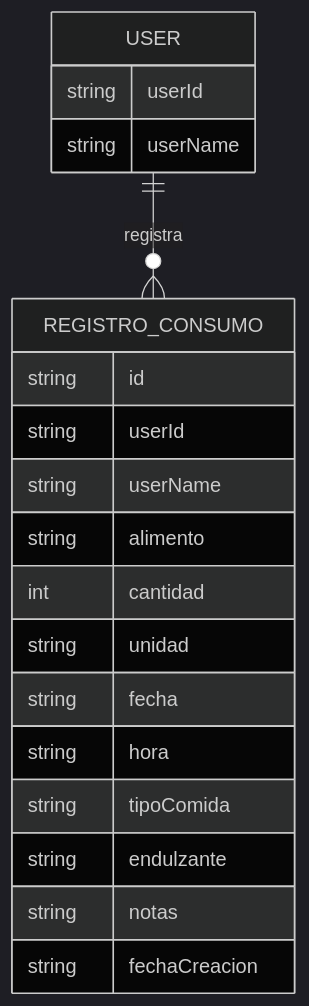
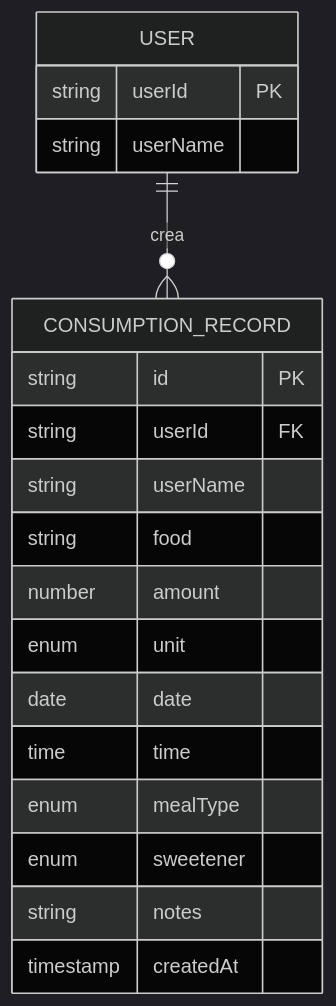
One commit to RadikeCosa/blog-astro changed the first of 2 diagrams in src/content/posts/side-project nutritional tracker.md. Above: the diagram before and after it, drawn with Mermaid (dark theme). The commit also changed other lines of this file and 3 other files, not shown here.

````diff
--- a/src/content/posts/side-project nutritional tracker.md
+++ b/src/content/posts/side-project nutritional tracker.md
@@ -68,24 +157,24 @@
 ```mermaid
 erDiagram
-    REGISTRO_CONSUMO {
-        string id
-        string userId
-        string userName
-        string alimento
-        int cantidad
-        string unidad
-        string fecha
-        string hora
-        string tipoComida
-        string endulzante
-        string notas
-        string fechaCreacion
-    }
+    USER ||--o{ CONSUMPTION_RECORD : crea
 
     USER {
-        string userId
+        string userId PK
         string userName
     }
 
-    USER ||--o{ REGISTRO_CONSUMO : "registra"
+    CONSUMPTION_RECORD {
+        string id PK
+        string userId FK
+        string userName
+        string food
+        number amount
+        enum unit
+        date date
+        time time
+        enum mealType
+        enum sweetener
+        string notes
+        timestamp createdAt
+    }
 ```
````
